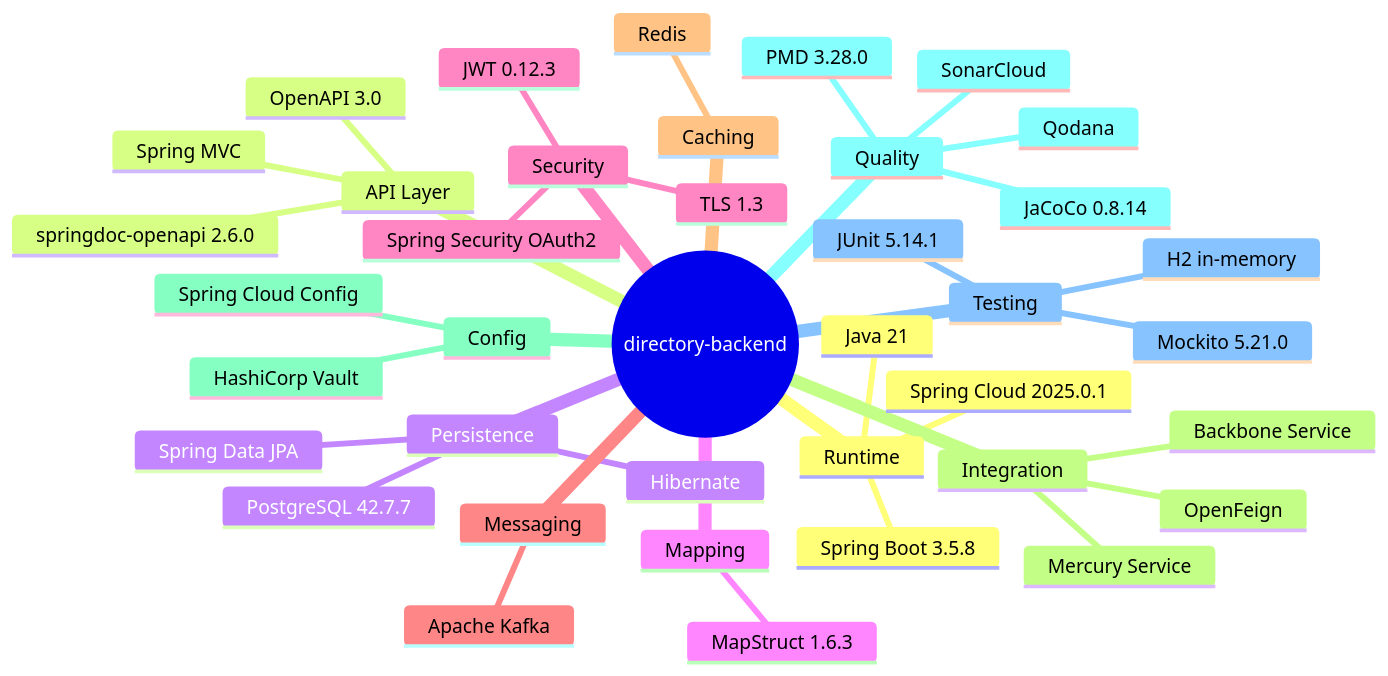
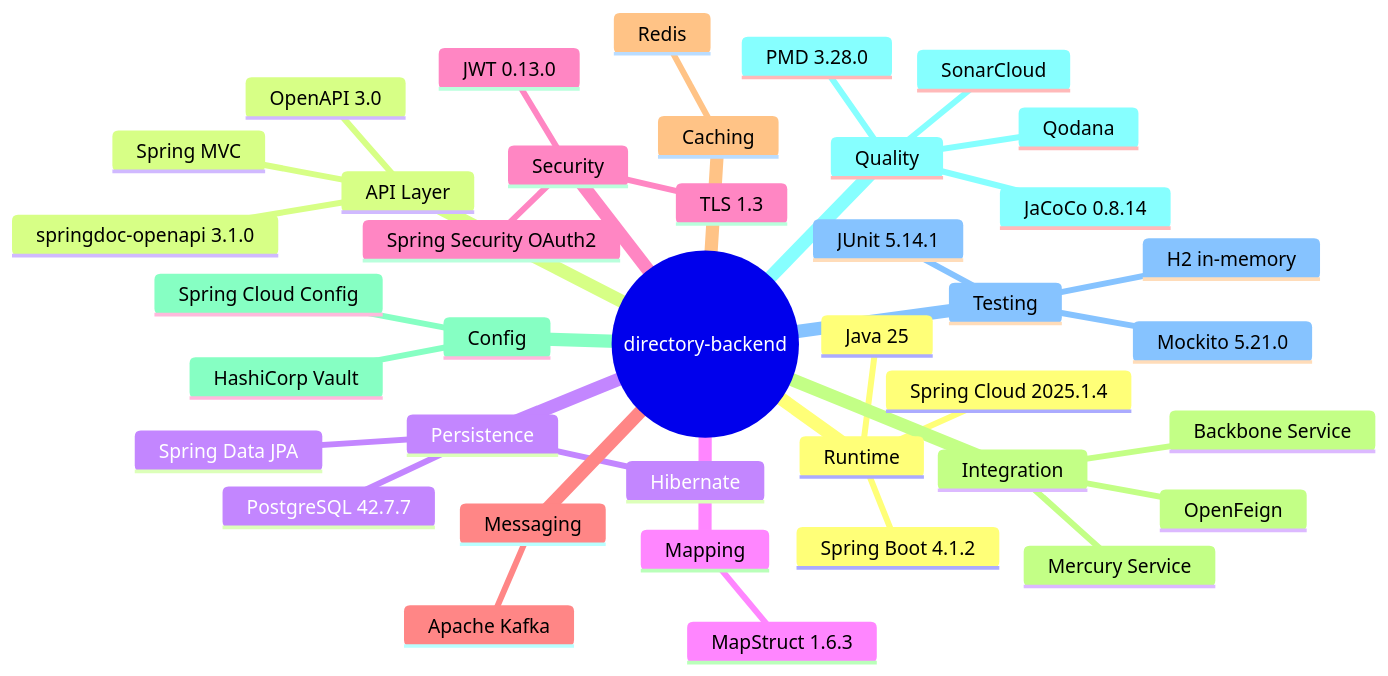
The first of 17 diagrams in docs/TECHNICAL_DOCUMENTATION.md (um-dev-creative/directory-backend), drawn with Mermaid before and after one commit. The commit also changed other lines of this file and 6 other files, not shown here.

First line of the commit message:
chore: update Spring Boot to 4.1.2, UMDC libraries and dependencies (aligned with backbone, mercury, zerobound)

````diff
--- a/docs/TECHNICAL_DOCUMENTATION.md
+++ b/docs/TECHNICAL_DOCUMENTATION.md
@@ -56,42 +56,42 @@
 ```mermaid
 mindmap
   root((directory-backend))
     Runtime
-      Java 21
-      Spring Boot 3.5.8
-      Spring Cloud 2025.0.1
+      Java 25
+      Spring Boot 4.1.2
+      Spring Cloud 2025.1.4
     API Layer
       Spring MVC
-      springdoc-openapi 2.6.0
+      springdoc-openapi 3.1.0
       OpenAPI 3.0
     Persistence
       Spring Data JPA
       Hibernate
       PostgreSQL 42.7.7
     Mapping
       MapStruct 1.6.3
     Security
       Spring Security OAuth2
-      JWT 0.12.3
+      JWT 0.13.0
       TLS 1.3
     Messaging
       Apache Kafka
     Caching
       Redis
     Integration
       OpenFeign
       Backbone Service
       Mercury Service
     Config
       Spring Cloud Config
       HashiCorp Vault
     Quality
       JaCoCo 0.8.14
       PMD 3.28.0
       SonarCloud
       Qodana
     Testing
       JUnit 5.14.1
       Mockito 5.21.0
       H2 in-memory
 ```
````
